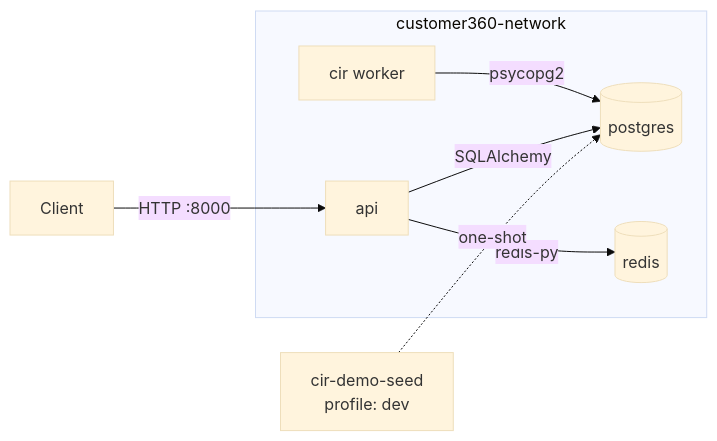
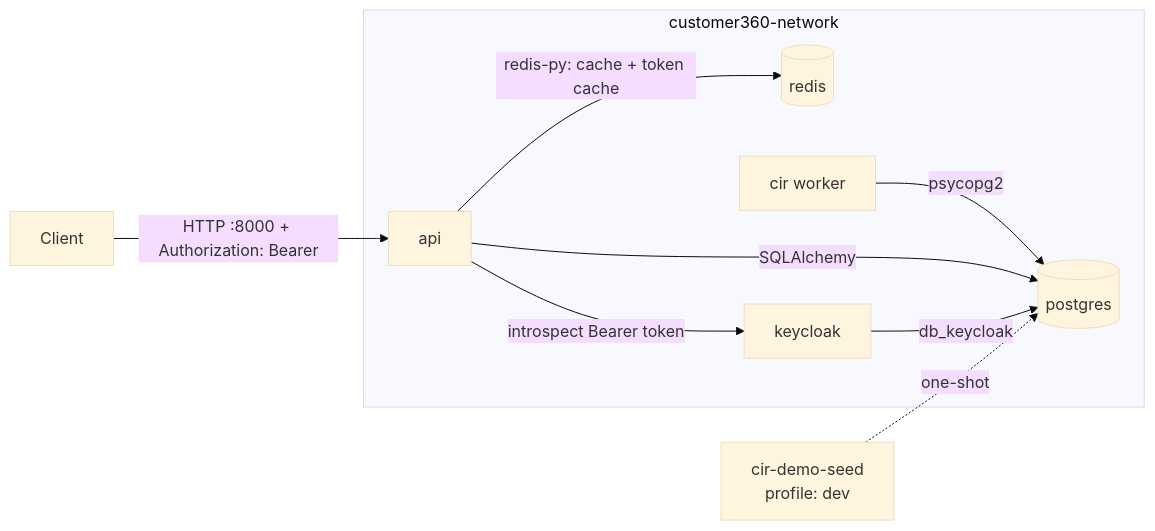
The diagram in core-customer360/DOCKER-COMPOSE-GUIDE.md (trieu/leo-cdp-framework), drawn with Mermaid (base theme) before and after one commit. The commit also changed other lines of this file and 17 other files, not shown here.

Commit message:
add Keycloak as API security layer, refactoring code

````diff
--- a/core-customer360/DOCKER-COMPOSE-GUIDE.md
+++ b/core-customer360/DOCKER-COMPOSE-GUIDE.md
@@ -29,14 +31,17 @@
 ```mermaid
 flowchart LR
     subgraph customer360-network
         PG[(postgres)]
         RD[(redis)]
+        KC[keycloak]
         CIR[cir worker]
         API[api]
     end
     CIR -->|psycopg2| PG
     API -->|SQLAlchemy| PG
-    API -->|redis-py| RD
-    Client -->|HTTP :8000| API
+    API -->|redis-py: cache + token cache| RD
+    API -->|introspect Bearer token| KC
+    KC -->|db_keycloak| PG
+    Client -->|HTTP :8000 + Authorization: Bearer| API
     Seed[cir-demo-seed\nprofile: dev] -.->|one-shot| PG
 ```
````
